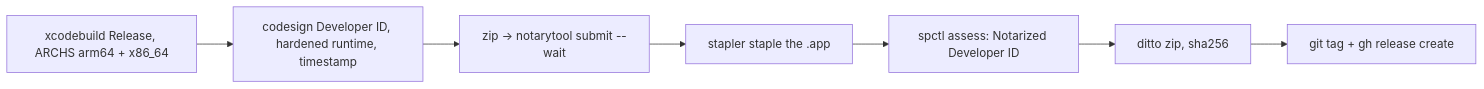
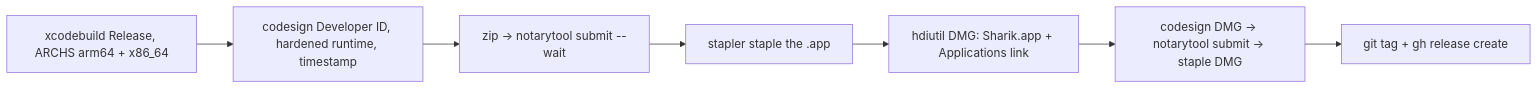
Before and after one commit to plateaukao/ADR: the diagram in sharik-native-release-pipeline.md, drawn with Mermaid. The commit also changed other lines of this file, not shown here.

Commit message:
add sharik-native-release-pipeline

````diff
--- a/sharik-native-release-pipeline.md
+++ b/sharik-native-release-pipeline.md
@@ -9,9 +9,9 @@
 ```mermaid
 flowchart LR
     A[xcodebuild Release, ARCHS arm64 + x86_64] --> B[codesign Developer ID, hardened runtime, timestamp]
     B --> C[zip -> notarytool submit --wait]
     C --> D[stapler staple the .app]
-    D --> E[spctl assess: Notarized Developer ID]
-    E --> F[ditto zip, sha256]
+    D --> E[hdiutil DMG: Sharik.app + Applications link]
+    E --> F[codesign DMG -> notarytool submit -> staple DMG]
     F --> G[git tag + gh release create]
 ```
````
